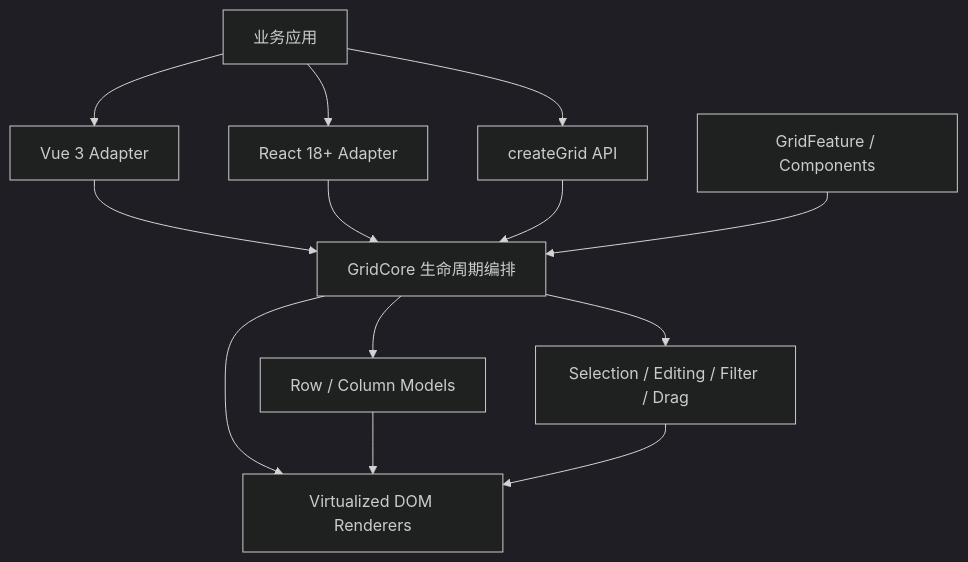
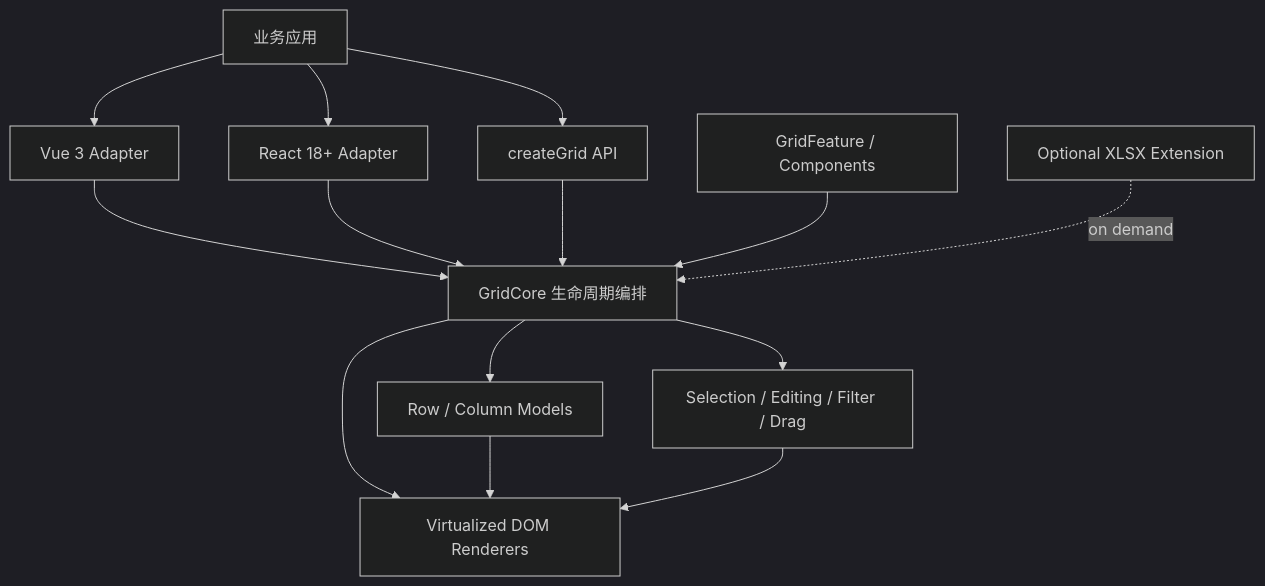
One commit to ChenyCHENYU/MachTable changed the diagram in README.md. Above: the diagram before and after it, drawn with Mermaid (dark theme). The commit also changed other lines of this file and 30 other files, not shown here.

````diff
--- a/README.md
+++ b/README.md
@@ -269,15 +284,16 @@
 ```mermaid
 flowchart TB
   App[业务应用] --> Vue[Vue 3 Adapter]
   App --> React[React 18+ Adapter]
   App --> Vanilla[createGrid API]
   Vue --> Core
   React --> Core
   Vanilla --> Core
   Core[GridCore 生命周期编排] --> Models[Row / Column Models]
   Core --> Services[Selection / Editing / Filter / Drag]
   Core --> Render[Virtualized DOM Renderers]
   Features[GridFeature / Components] --> Core
+  Xlsx[Optional XLSX Extension] -. on demand .-> Core
   Models --> Render
   Services --> Render
 ```
````
